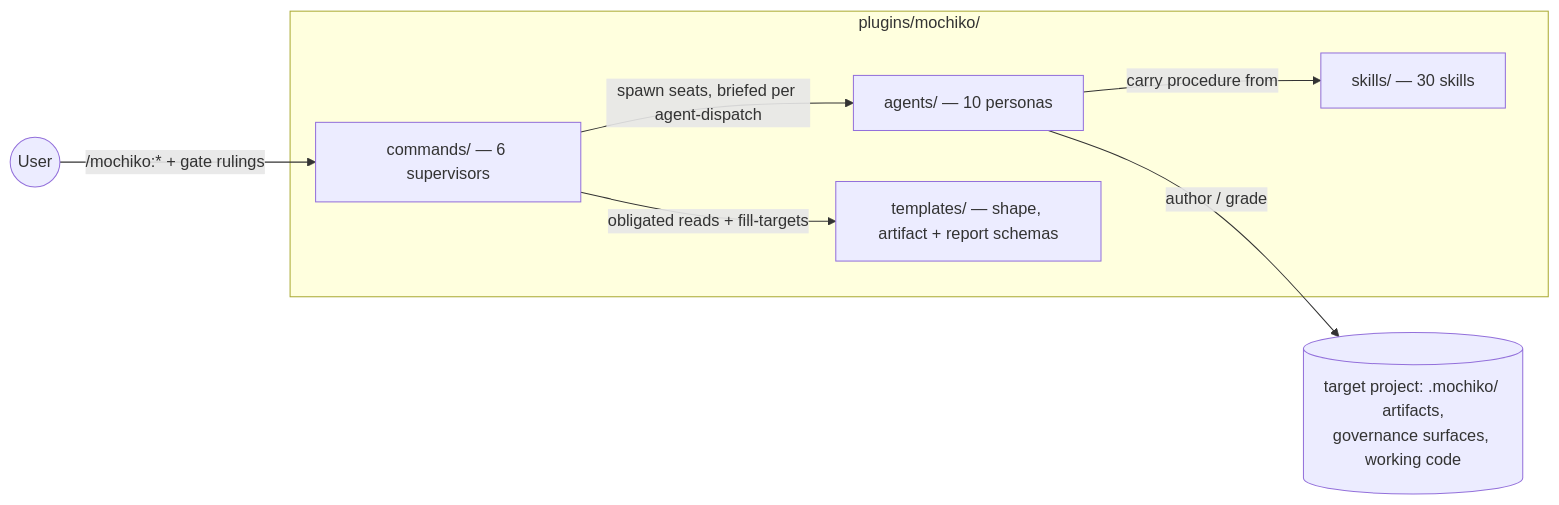
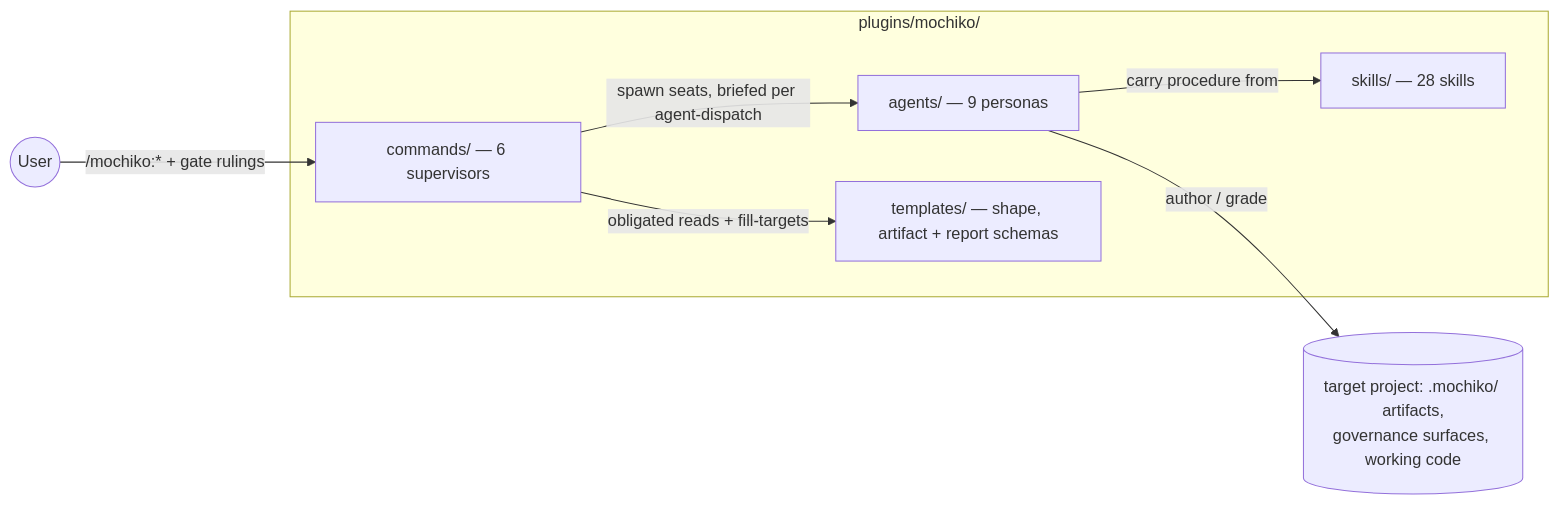
Before and after one commit to humaninloop-dev/mochiko: the first of 8 diagrams in ARCHITECTURE.md, drawn with Mermaid. The commit also changed other lines of this file and 19 other files, not shown here.

````diff
--- a/ARCHITECTURE.md
+++ b/ARCHITECTURE.md
@@ -19,15 +19,15 @@
 ```mermaid
 flowchart LR
   user(("User"))
   user -->|"/mochiko:* + gate rulings"| commands
   subgraph plugin ["plugins/mochiko/"]
     commands["commands/ — 6 supervisors"]
-    agents["agents/ — 10 personas"]
-    skills["skills/ — 30 skills"]
+    agents["agents/ — 9 personas"]
+    skills["skills/ — 28 skills"]
     templates["templates/ — shape, artifact + report schemas"]
     commands -->|"spawn seats, briefed per agent-dispatch"| agents
     agents -->|"carry procedure from"| skills
     commands -->|"obligated reads + fill-targets"| templates
   end
   agents -->|"author / grade"| target[("target project: .mochiko/ artifacts,<br/>governance surfaces, working code")]
 ```
````
